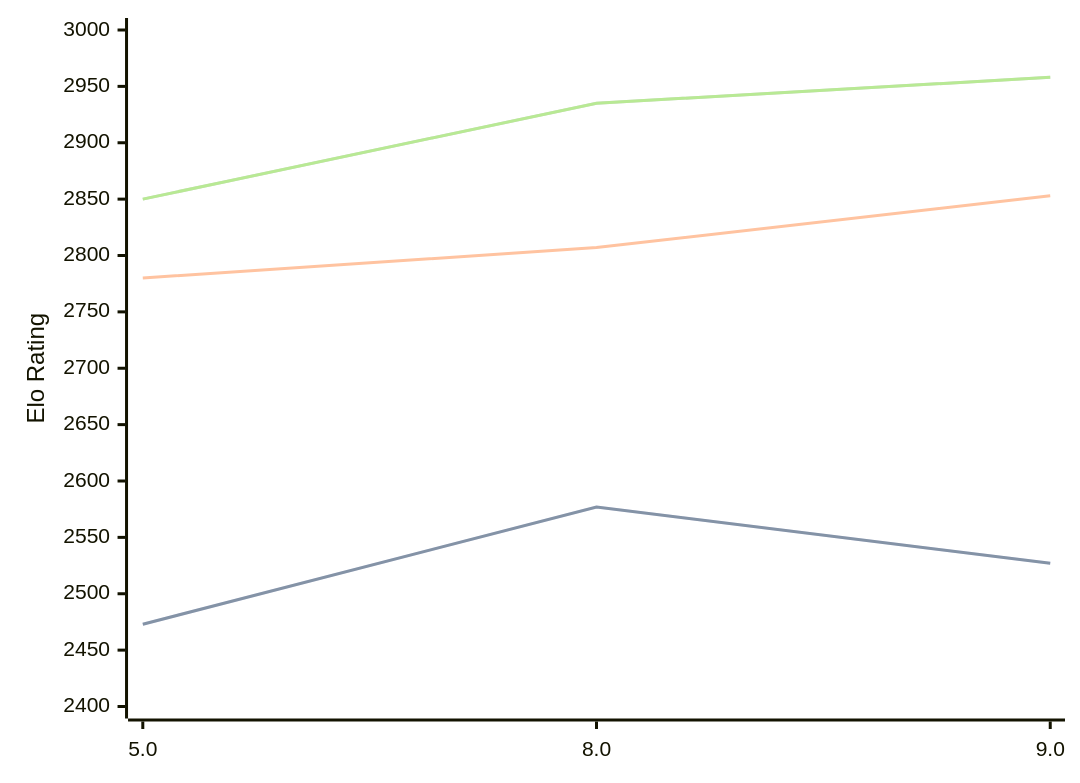
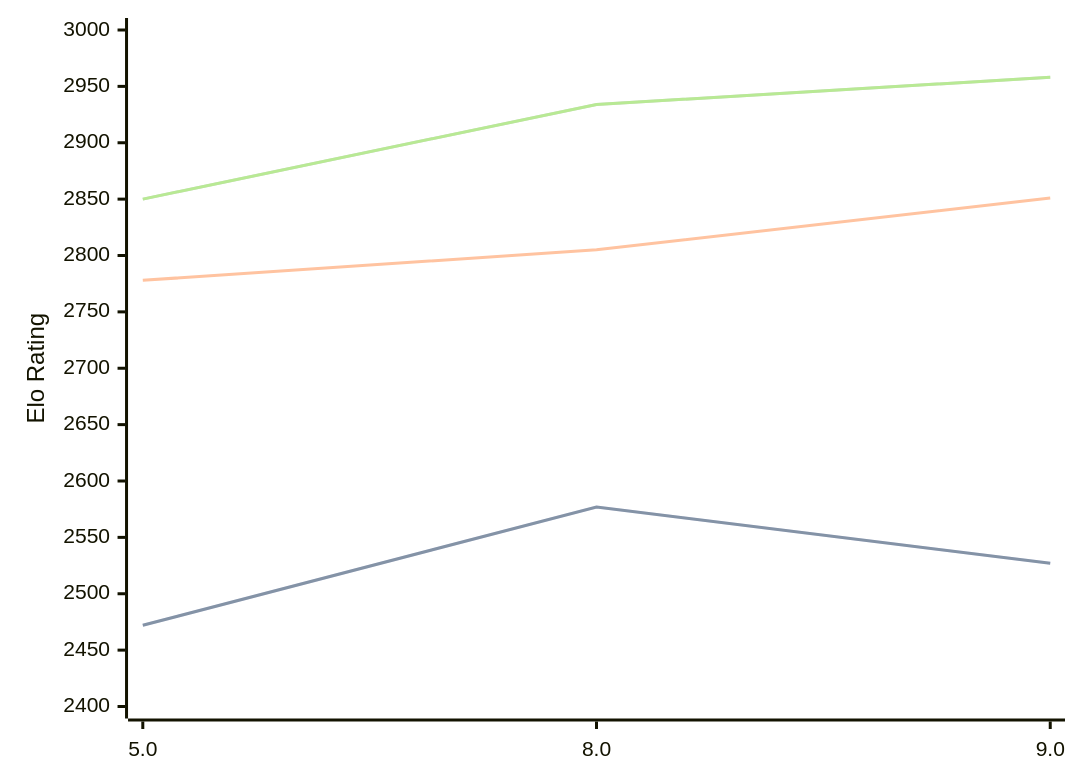
The diagram in engines/4kc.md (computer-chess-index/cci), drawn with Mermaid before and after one commit. The commit also changed other lines of this file, not shown here.

Commit message:
Update CCI Ratings (ELO VLTC) - 2026-07-27

````diff
--- a/engines/4kc.md
+++ b/engines/4kc.md
@@ -42,11 +42,11 @@
 ```mermaid
 %%{init: {"theme":"base","themeVariables":{"seriesColors:['#a3a3a3','#222221','#faa371']}}}%%
 xychart-beta
   x-axis ["5.0", "8.0", "9.0"]
   y-axis "Elo Rating" 2400 --> 3000
-  line "STC (8.0+0.08s)" [2473, 2577, 2527]
-  line "STC (8.0+0.08s)" [2473, 2577, 2527]
-  line "LTC (60.0+0.60s)" [2780, 2807, 2853]
-  line "VLTC (2m24s+1.12s)" [2850, 2935, 2958]
-  line "VLTC (2m24s+1.12s)" [2850, 2935, 2958]
+  line "STC (8.0+0.08s)" [2472, 2577, 2527]
+  line "STC (8.0+0.08s)" [2472, 2577, 2527]
+  line "LTC (60.0+0.60s)" [2778, 2805, 2851]
+  line "VLTC (2m24s+1.12s)" [2850, 2934, 2958]
+  line "VLTC (2m24s+1.12s)" [2850, 2934, 2958]
 ```
````
